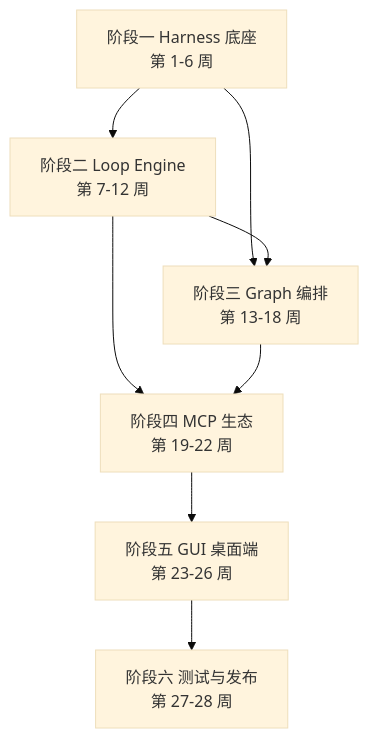
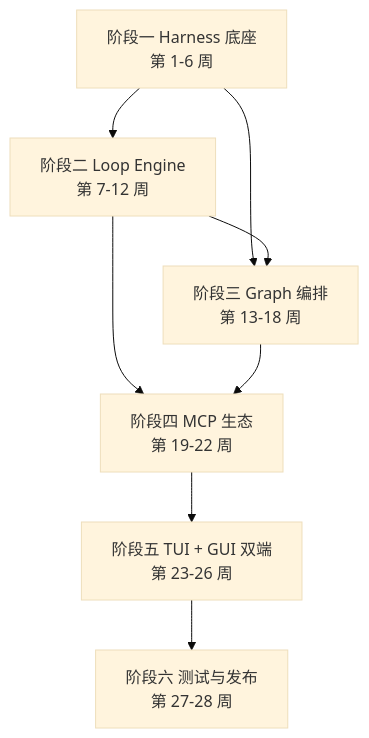
One commit to searchforsun/sunshinex changed the diagram in docs/ROADMAP.md. Above: the diagram before and after it, drawn with Mermaid (base theme). The commit also changed other lines of this file, not shown here.

Commit message:
docs(roadmap): 阶段五重构为终端双端——5A 交互式 TUI 对标 Claude Code（默认入口，优先）+ 5B 桌面端 GUI 对标 Codex 工作台；总览/里程碑/依赖图/映射表同步（src/tui/ 登记），TUI 验收口径=会话内完成含计划确认/审批/修正环的真实任务

````diff
--- a/docs/ROADMAP.md
+++ b/docs/ROADMAP.md
@@ -27,10 +27,10 @@
 ```mermaid
 flowchart TB
   P1["阶段一 Harness 底座<br/>第 1-6 周"] --> P2["阶段二 Loop Engine<br/>第 7-12 周"]
   P1 --> P3["阶段三 Graph 编排<br/>第 13-18 周"]
   P2 --> P3
   P2 --> P4["阶段四 MCP 生态<br/>第 19-22 周"]
   P3 --> P4
-  P4 --> P5["阶段五 GUI 桌面端<br/>第 23-26 周"]
+  P4 --> P5["阶段五 TUI + GUI 双端<br/>第 23-26 周"]
   P5 --> P6["阶段六 测试与发布<br/>第 27-28 周"]
 ```
````
